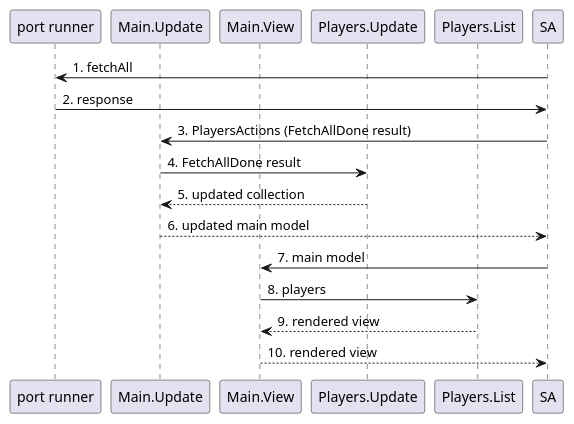
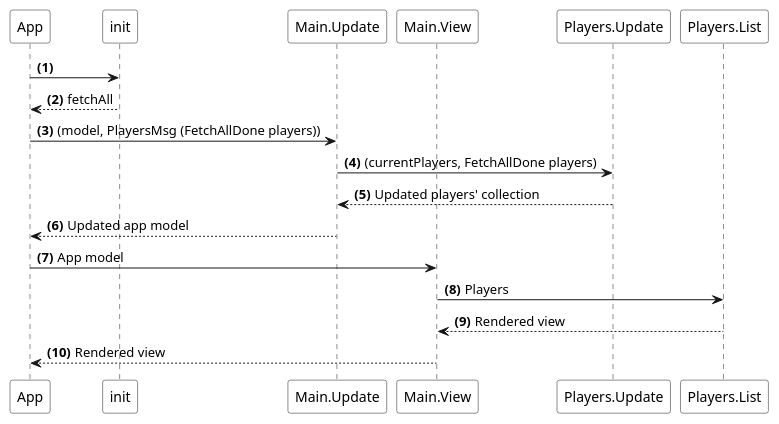
Before and after one commit to sporto/elm-tutorial: the diagram in en/06-fetching-resources/01-plan.pu, drawn with PlantUML. The commit also changed 4 other files, not shown here.

```diff
--- a/en/06-fetching-resources/01-plan.pu
+++ b/en/06-fetching-resources/01-plan.pu
@@ -1,18 +1,22 @@
 @startuml
-participant "port runner" as PR
-participant Main.Update as MU
-participant Main.View as MV
-participant Players.Update as PU
-participant Players.List as PL
 
-SA -> PR : 1. fetchAll
-PR -> SA : 2. response
-SA -> MU : 3. PlayersActions (FetchAllDone result)
-MU -> PU : 4. FetchAllDone result
-PU --> MU : 5. updated collection
-MU --> SA : 6. updated main model
-SA -> MV : 7. main model
-MV -> PL : 8. players
-PL --> MV : 9. rendered view
-MV --> SA : 10. rendered view
+autonumber "<b>(#)"
+
+participant App #white
+participant init #white
+participant Main.Update as MU #white
+participant Main.View as MV #white
+participant Players.Update as PU #white
+participant Players.List as PL #white
+
+App -> init
+init --> App : fetchAll
+App -> MU : (model, PlayersMsg (FetchAllDone players))
+MU -> PU : (currentPlayers, FetchAllDone players)
+PU --> MU : Updated players' collection
+MU --> App : Updated app model
+App -> MV : App model
+MV -> PL : Players
+PL --> MV :Rendered view
+MV --> App : Rendered view
 @enduml
```
